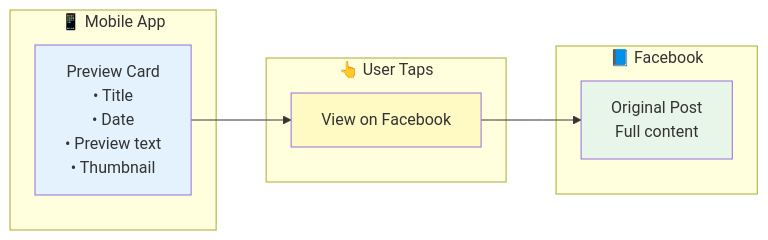
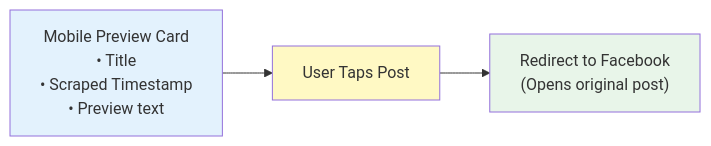
The second of 3 diagrams in QCU Unified Network.md (BrentFordVRemerata/Facebook-Scraper), drawn with Mermaid before and after one commit. The commit also changed other lines of this file and 19 other files, not shown here.

````diff
--- a/QCU Unified Network.md
+++ b/QCU Unified Network.md
@@ -65,20 +68,9 @@
 ```mermaid
 flowchart LR
-    subgraph App["📱 Mobile App"]
-        Card["Preview Card<br/>• Title<br/>• Date<br/>• Preview text<br/>• Thumbnail"]
-    end
-    
-    subgraph Action["👆 User Taps"]
-        Tap["View on Facebook"]
-    end
-    
-    subgraph FB["📘 Facebook"]
-        Post["Original Post<br/>Full content"]
-    end
-    
-    Card --> Tap --> Post
+    Card["Mobile Preview Card<br/>• Title<br/>• Scraped Timestamp<br/>• Preview text"] --> Tap["User Taps Post"]
+    Tap --> External["Redirect to Facebook<br/>(Opens original post)"]
     
     style Card fill:#e3f2fd
     style Tap fill:#fff9c4
-    style Post fill:#e8f5e9
+    style External fill:#e8f5e9
 ```
````
